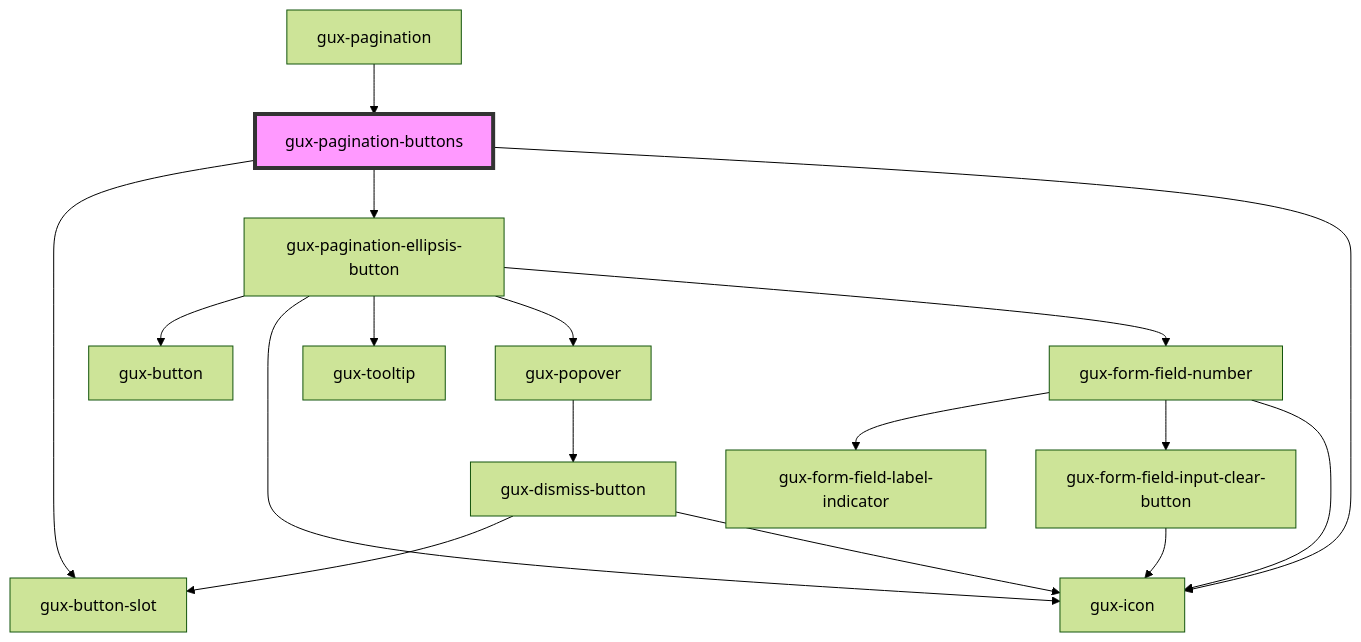
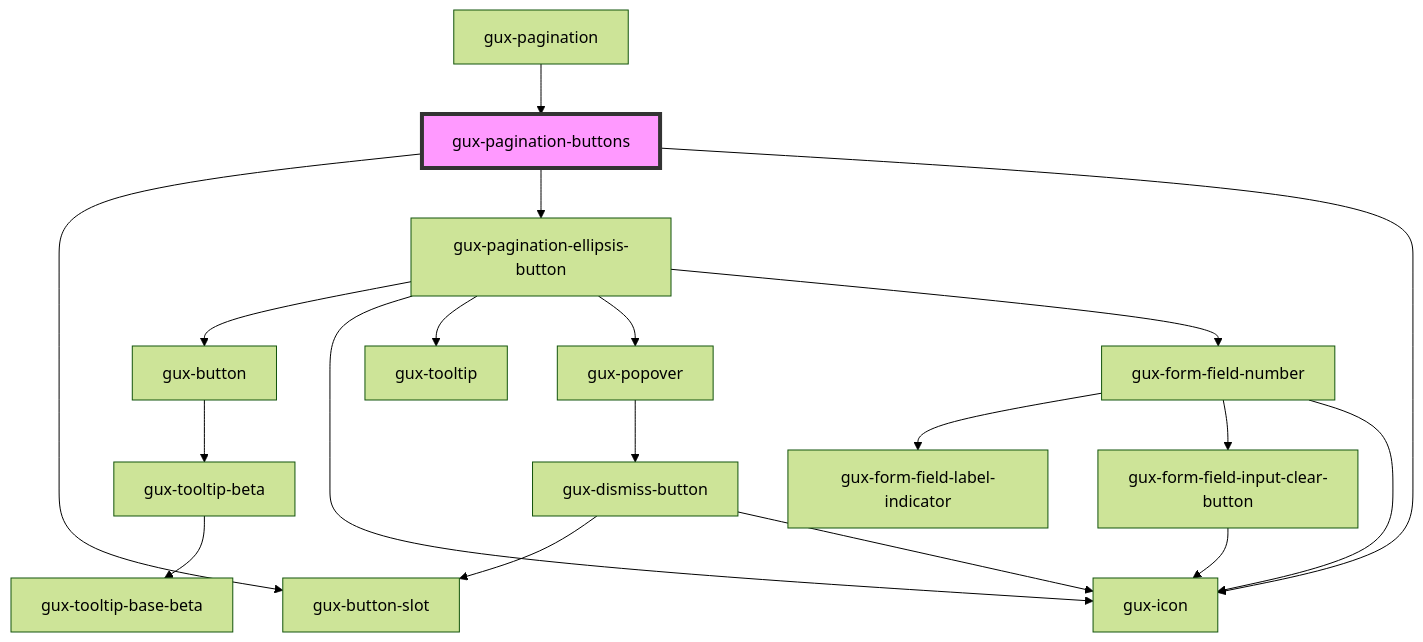
Before and after one commit to MyPureCloud/genesys-spark: the diagram in packages/genesys-spark-components/src/components/stable/gux-pagination/gux-pagination-buttons/readme.md, drawn with Mermaid (forest theme). The commit also changed 3 other files, not shown here.

````diff
--- a/packages/genesys-spark-components/src/components/stable/gux-pagination/gux-pagination-buttons/readme.md
+++ b/packages/genesys-spark-components/src/components/stable/gux-pagination/gux-pagination-buttons/readme.md
@@ -39,20 +39,22 @@
 ```mermaid
 graph TD;
   gux-pagination-buttons --> gux-button-slot
   gux-pagination-buttons --> gux-pagination-ellipsis-button
   gux-pagination-buttons --> gux-icon
   gux-pagination-ellipsis-button --> gux-button
   gux-pagination-ellipsis-button --> gux-icon
   gux-pagination-ellipsis-button --> gux-tooltip
   gux-pagination-ellipsis-button --> gux-popover
   gux-pagination-ellipsis-button --> gux-form-field-number
+  gux-button --> gux-tooltip-beta
+  gux-tooltip-beta --> gux-tooltip-base-beta
   gux-popover --> gux-dismiss-button
   gux-dismiss-button --> gux-button-slot
   gux-dismiss-button --> gux-icon
   gux-form-field-number --> gux-form-field-label-indicator
   gux-form-field-number --> gux-form-field-input-clear-button
   gux-form-field-number --> gux-icon
   gux-form-field-input-clear-button --> gux-icon
   gux-pagination --> gux-pagination-buttons
   style gux-pagination-buttons fill:#f9f,stroke:#333,stroke-width:4px
 ```
````
